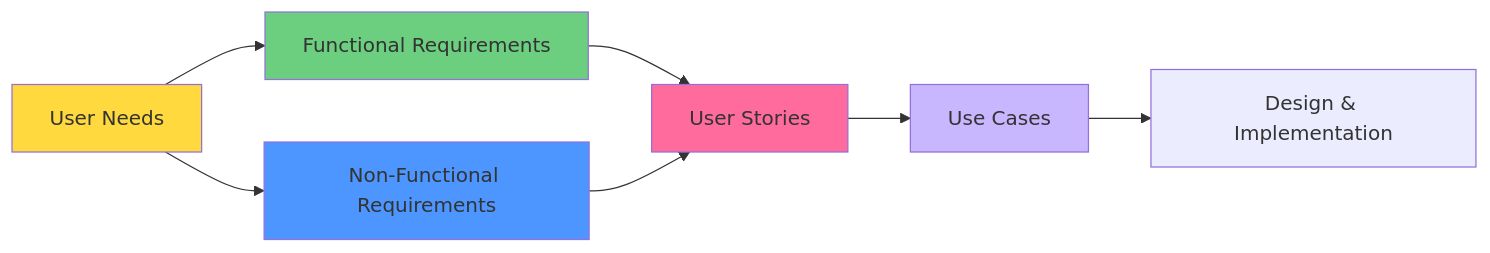
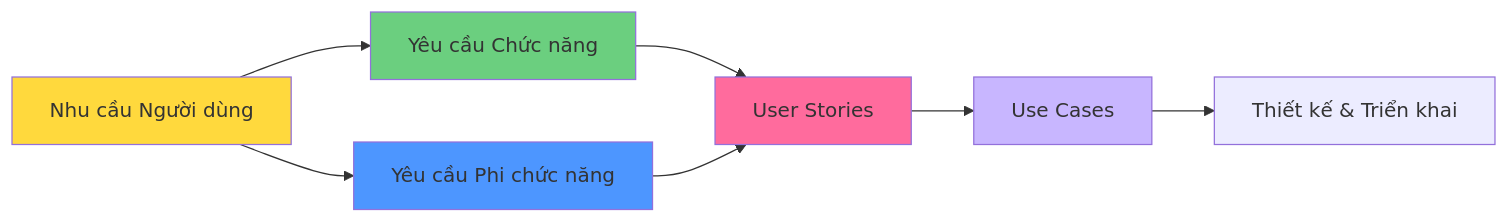
The diagram in docs/03_Requirements/README.md (Ng0cTh4nhk5/ufpms-docs), drawn with Mermaid before and after one commit. The commit also changed other lines of this file and 70 other files, not shown here.

````diff
--- a/docs/03_Requirements/README.md
+++ b/docs/03_Requirements/README.md
@@ -71,15 +71,15 @@
 ```mermaid
 graph LR
-    A[User Needs] --> B[Functional Requirements]
-    A --> C[Non-Functional Requirements]
+    A[Nhu cầu Người dùng] --> B[Yêu cầu Chức năng]
+    A --> C[Yêu cầu Phi chức năng]
     B --> D[User Stories]
     C --> D
     D --> E[Use Cases]
-    E --> F[Design & Implementation]
+    E --> F[Thiết kế & Triển khai]
     
     style A fill:#ffd93d
     style B fill:#6bcf7f
     style C fill:#4d96ff
     style D fill:#ff6b9d
     style E fill:#c8b6ff
 ```
````
